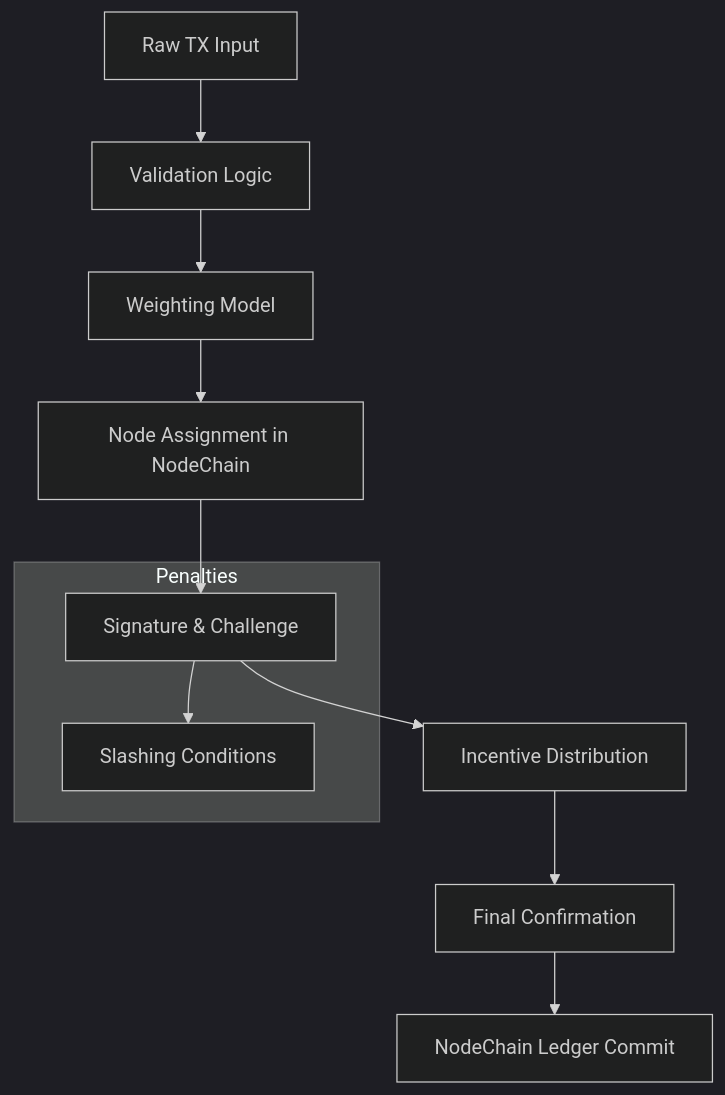
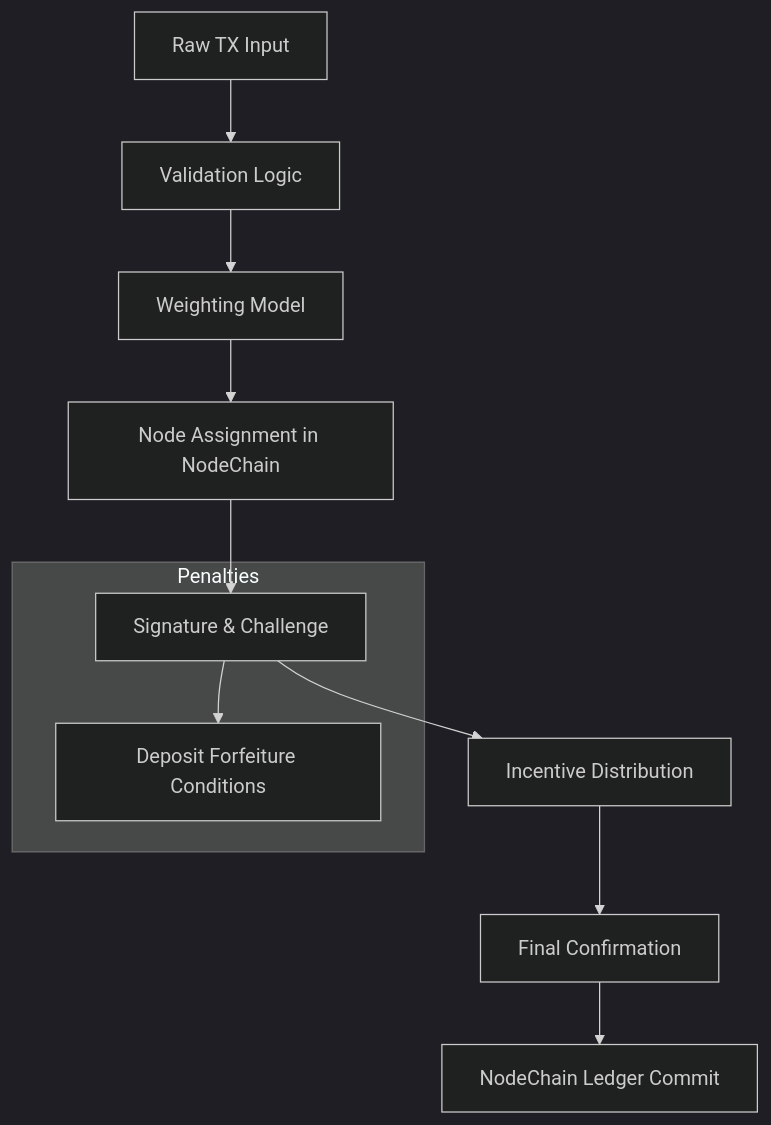
One commit to Aros-Technology-Studio/AST-Aros-Financial-Paradigm changed the diagram in 10_proof_of_transaction_engine/pot_engine_overview.md. Above: the diagram before and after it, drawn with Mermaid (dark theme). The commit also changed 69 other files, not shown here.

````diff
--- a/10_proof_of_transaction_engine/pot_engine_overview.md
+++ b/10_proof_of_transaction_engine/pot_engine_overview.md
@@ -34,13 +34,13 @@
 ```mermaid
 flowchart TD
     A[Raw TX Input] --> B[Validation Logic]
     B --> C[Weighting Model]
     C --> D[Node Assignment in NodeChain]
     D --> E[Signature & Challenge]
     E --> F[Incentive Distribution]
     F --> G[Final Confirmation]
     G --> H[NodeChain Ledger Commit]
     subgraph "Penalties"
-    E --> I[Slashing Conditions]
+    E --> I[Deposit Forfeiture Conditions]
     end
 ```
````
